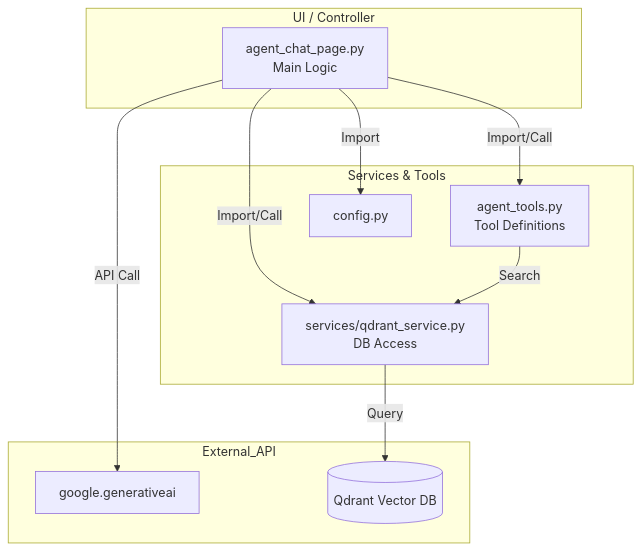
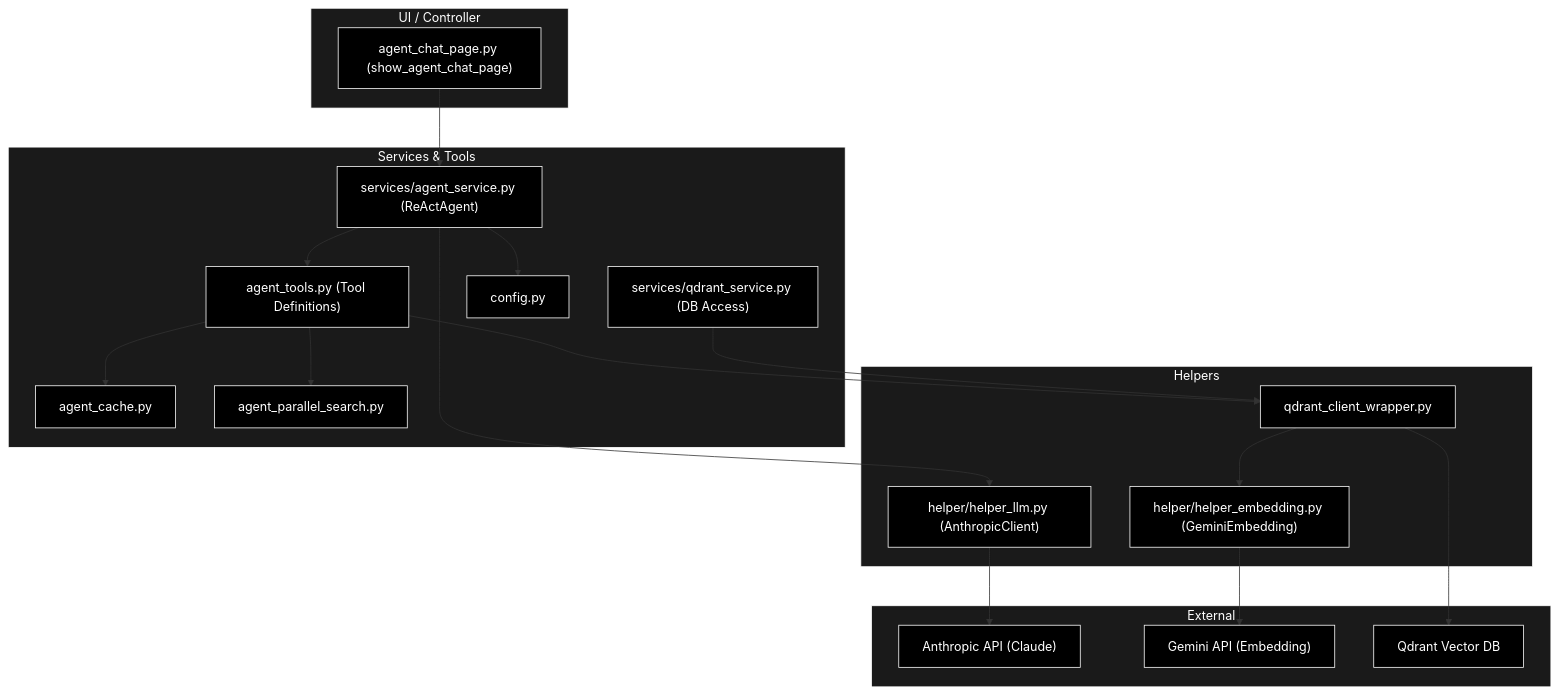
Before and after one commit to nakashima2toshio/anthropic_grace_agent_v2: the tenth of 10 diagrams in readme_react_reflection.md, drawn with Mermaid. The commit also changed other lines of this file and 5 other files, not shown here.

````diff
--- a/readme_react_reflection.md
+++ b/readme_react_reflection.md
@@ -853,24 +982,47 @@
 ```mermaid
 graph TD
-    subgraph UI_Layer [UI / Controller]
-        AgentPage[agent_chat_page.py<br>Main Logic]
+    subgraph UI_Layer ["UI / Controller"]
+        AgentPage["agent_chat_page.py (show_agent_chat_page)"]
     end
 
-    subgraph Service_Layer [Services & Tools]
-        Tools[agent_tools.py<br>Tool Definitions]
-        QdrantSvc[services/qdrant_service.py<br>DB Access]
-        Config[config.py]
+    subgraph Service_Layer ["Services & Tools"]
+        AgentSvc["services/agent_service.py (ReActAgent)"]
+        Tools["agent_tools.py (Tool Definitions)"]
+        Cache["agent_cache.py"]
+        Parallel["agent_parallel_search.py"]
+        QdrantSvc["services/qdrant_service.py (DB Access)"]
+        Config["config.py"]
     end
 
-    subgraph External_API
-        Gemini[google.generativeai]
-        QdrantDB[(Qdrant Vector DB)]
+    subgraph Helper_Layer ["Helpers"]
+        HelperLLM["helper/helper_llm.py (AnthropicClient)"]
+        HelperEmbed["helper/helper_embedding.py (GeminiEmbedding)"]
+        Wrapper["qdrant_client_wrapper.py"]
     end
 
-    AgentPage --> |Import/Call| Tools
-    AgentPage --> |Import/Call| QdrantSvc
-    AgentPage --> |Import| Config
-    AgentPage --> |API Call| Gemini
-    Tools --> |Search| QdrantSvc
-    QdrantSvc --> |Query| QdrantDB
+    subgraph External_API ["External"]
+        Claude["Anthropic API (Claude)"]
+        Gemini["Gemini API (Embedding)"]
+        QdrantDB["Qdrant Vector DB"]
+    end
+
+    AgentPage --> AgentSvc
+    AgentSvc --> Tools
+    AgentSvc --> HelperLLM
+    AgentSvc --> Config
+    Tools --> Cache
+    Tools --> Parallel
+    Tools --> Wrapper
+    Wrapper --> HelperEmbed
+    HelperLLM --> Claude
+    HelperEmbed --> Gemini
+    Wrapper --> QdrantDB
+    QdrantSvc --> Wrapper
+classDef default fill:#000,stroke:#fff,color:#fff
+classDef subgraphStyle fill:#1a1a1a,stroke:#fff,color:#fff
+class AgentPage,AgentSvc,Tools,Cache,Parallel,QdrantSvc,Config,HelperLLM,HelperEmbed,Wrapper,Claude,Gemini,QdrantDB default
+style UI_Layer fill:#1a1a1a,stroke:#fff,color:#fff
+style Service_Layer fill:#1a1a1a,stroke:#fff,color:#fff
+style Helper_Layer fill:#1a1a1a,stroke:#fff,color:#fff
+style External_API fill:#1a1a1a,stroke:#fff,color:#fff
 ```
````
